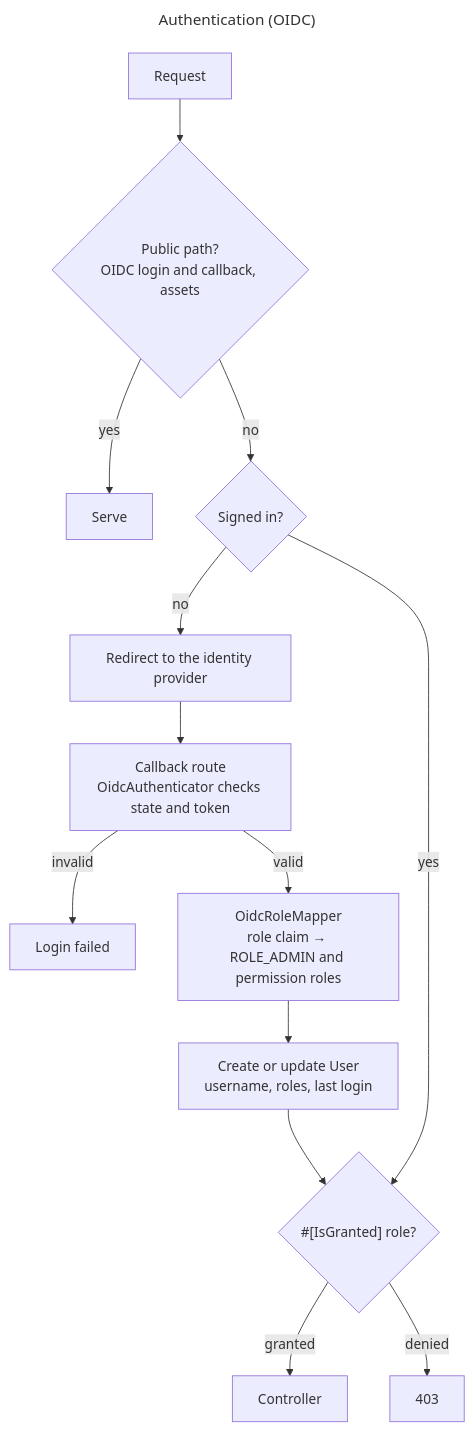
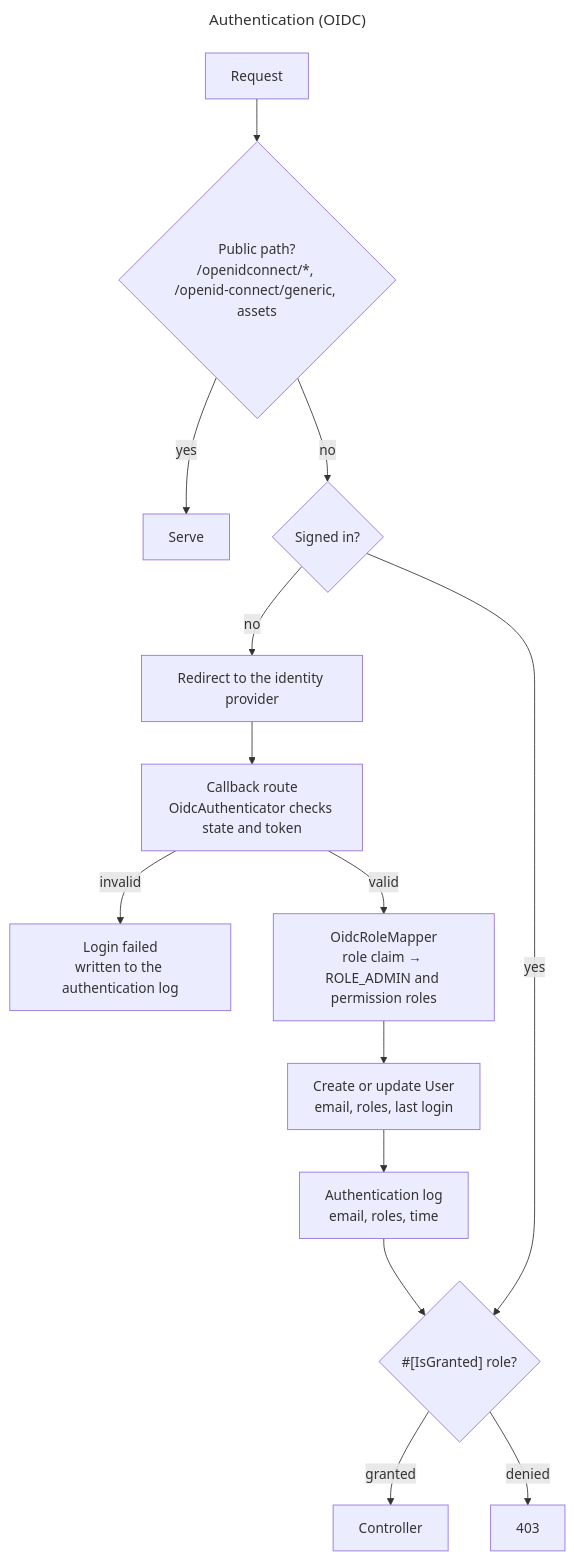
One commit to itk-dev/koerselsoverblik changed the diagram in docs/diagrams/authentication.mmd. Above: the diagram before and after it, drawn with Mermaid. The commit also changed 13 other files, not shown here.

Commit message:
docs: align the OIDC plan with itksites and add an auth log (#17)

```diff
--- a/docs/diagrams/authentication.mmd
+++ b/docs/diagrams/authentication.mmd
@@ -1,18 +1,19 @@
 ---
 title: Authentication (OIDC)
 ---
 flowchart TD
-    request["Request"] --> public{"Public path?<br/>OIDC login and callback, assets"}
+    request["Request"] --> public{"Public path?<br/>/openidconnect/*, /openid-connect/generic, assets"}
     public -- yes --> serve["Serve"]
     public -- no --> session{"Signed in?"}
 
     session -- no --> idp["Redirect to the identity provider"]
     idp --> callback["Callback route<br/>OidcAuthenticator checks state and token"]
-    callback -- invalid --> fail["Login failed"]
+    callback -- invalid --> fail["Login failed<br/>written to the authentication log"]
     callback -- valid --> mapper["OidcRoleMapper<br/>role claim → ROLE_ADMIN and permission roles"]
-    mapper --> user["Create or update User<br/>username, roles, last login"]
-    user --> guard
+    mapper --> user["Create or update User<br/>email, roles, last login"]
+    user --> log["Authentication log<br/>email, roles, time"]
+    log --> guard
 
     session -- yes --> guard{"#[IsGranted] role?"}
     guard -- granted --> controller["Controller"]
     guard -- denied --> forbidden["403"]
```
